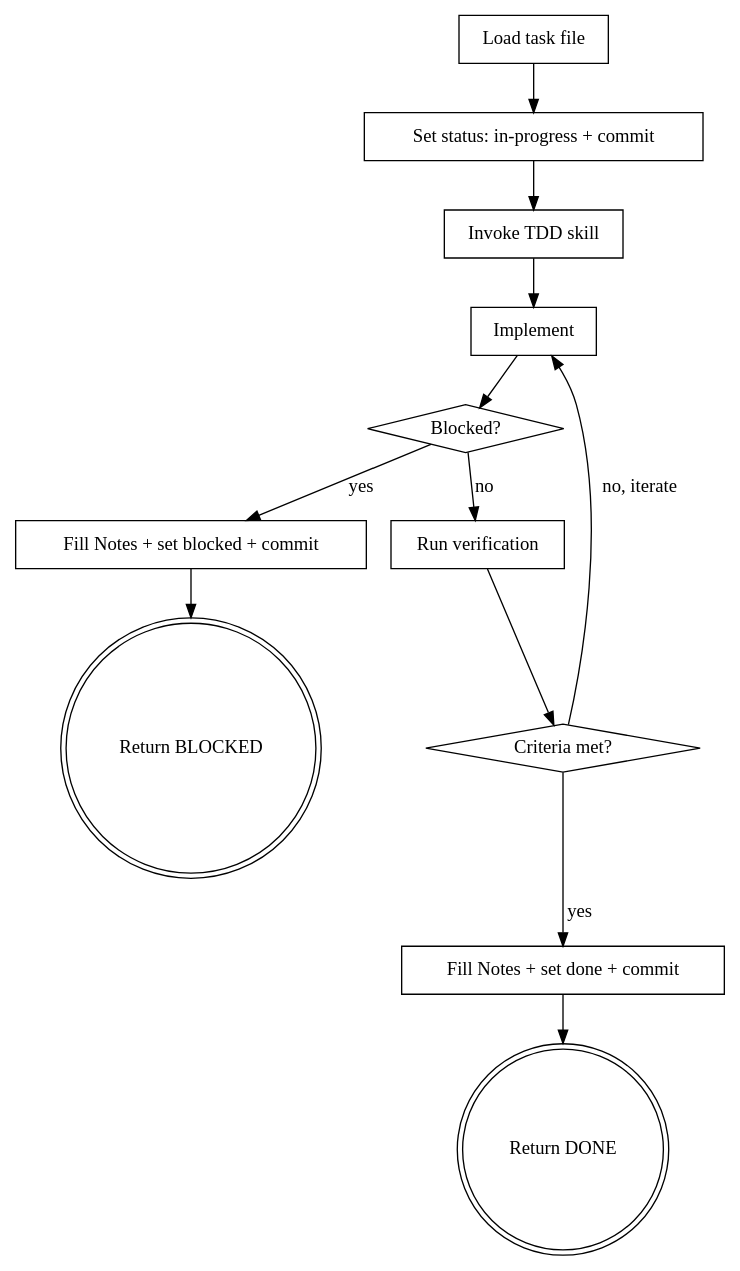
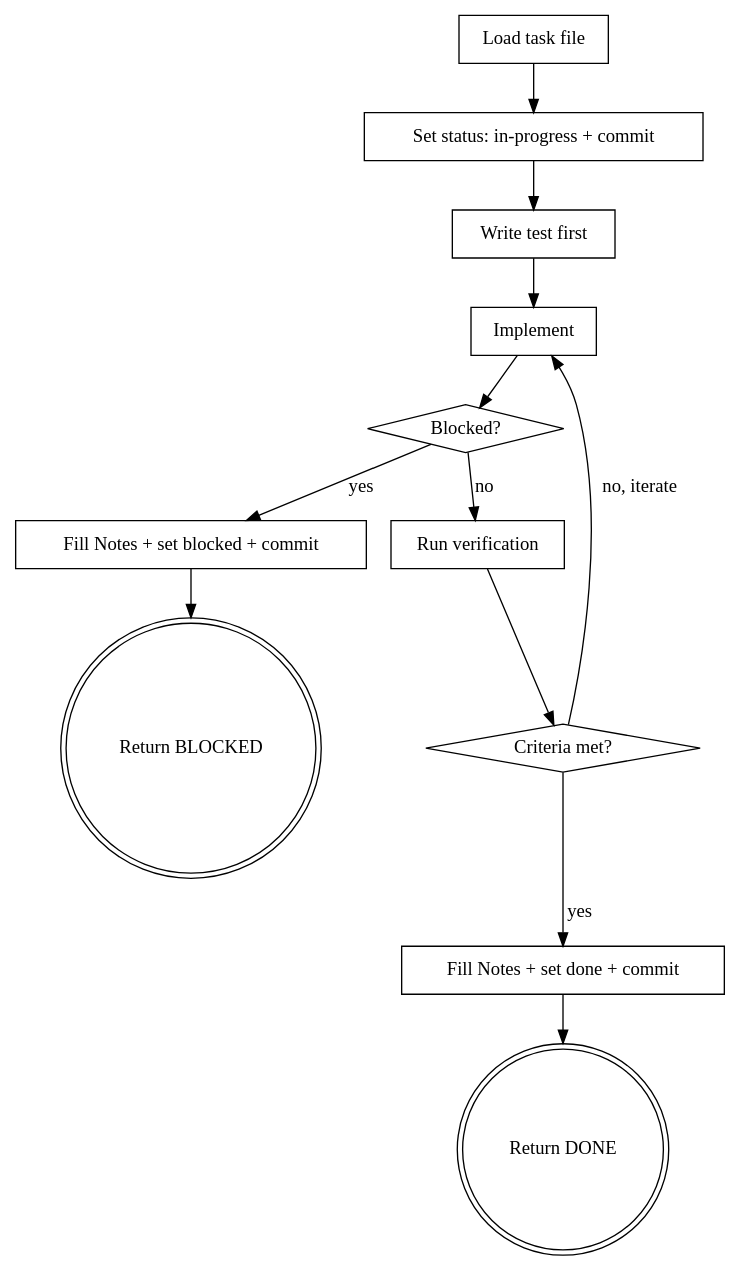
Before and after one commit to dx0ne/agent-skills: the diagram in skills/agentflow/task-implement/SKILL.md, drawn with Graphviz. The commit also changed other lines of this file and 4 other files, not shown here.

````diff
--- a/skills/agentflow/task-implement/SKILL.md
+++ b/skills/agentflow/task-implement/SKILL.md
@@ -18,27 +18,27 @@
 ```dot
 digraph implement {
     "Load task file" [shape=box];
     "Set status: in-progress + commit" [shape=box];
-    "Invoke TDD skill" [shape=box];
+    "Write test first" [shape=box];
     "Implement" [shape=box];
     "Blocked?" [shape=diamond];
     "Run verification" [shape=box];
     "Criteria met?" [shape=diamond];
     "Fill Notes + set done + commit" [shape=box];
     "Fill Notes + set blocked + commit" [shape=box];
     "Return DONE" [shape=doublecircle];
     "Return BLOCKED" [shape=doublecircle];
 
     "Load task file" -> "Set status: in-progress + commit";
-    "Set status: in-progress + commit" -> "Invoke TDD skill";
-    "Invoke TDD skill" -> "Implement";
+    "Set status: in-progress + commit" -> "Write test first";
+    "Write test first" -> "Implement";
     "Implement" -> "Blocked?";
     "Blocked?" -> "Run verification" [label="no"];
     "Blocked?" -> "Fill Notes + set blocked + commit" [label="yes"];
     "Run verification" -> "Criteria met?";
     "Criteria met?" -> "Fill Notes + set done + commit" [label="yes"];
     "Criteria met?" -> "Implement" [label="no, iterate"];
     "Fill Notes + set done + commit" -> "Return DONE";
     "Fill Notes + set blocked + commit" -> "Return BLOCKED";
 }
 ```
````
